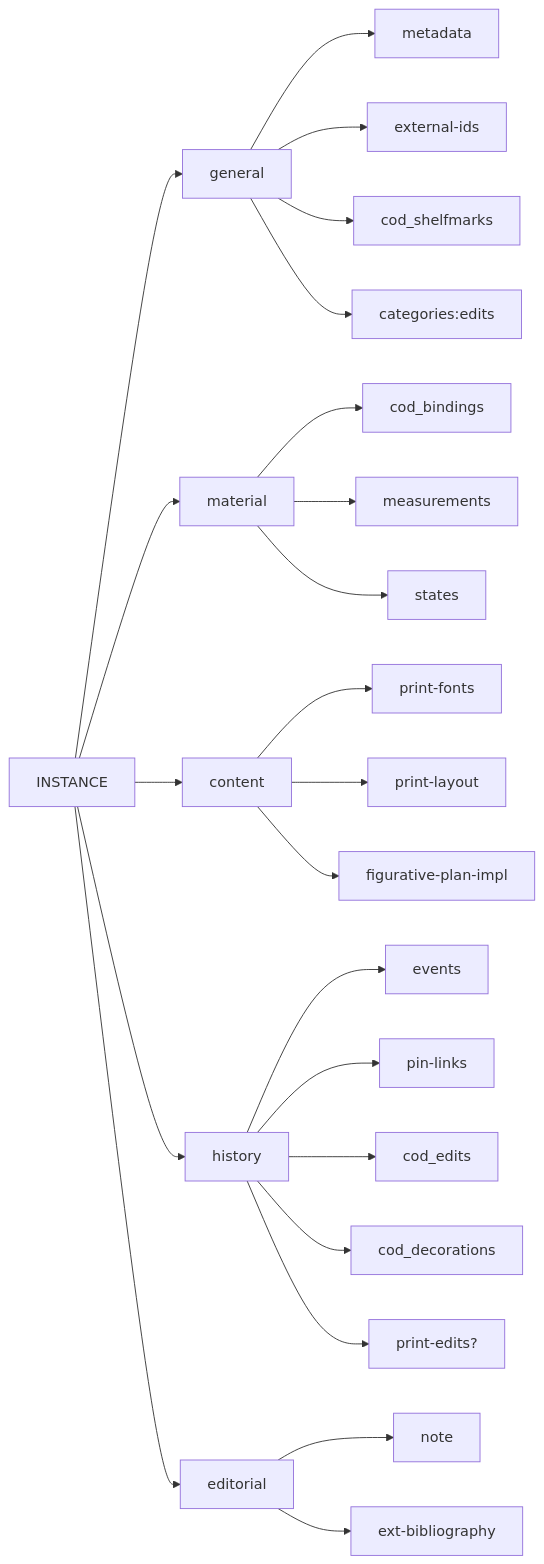
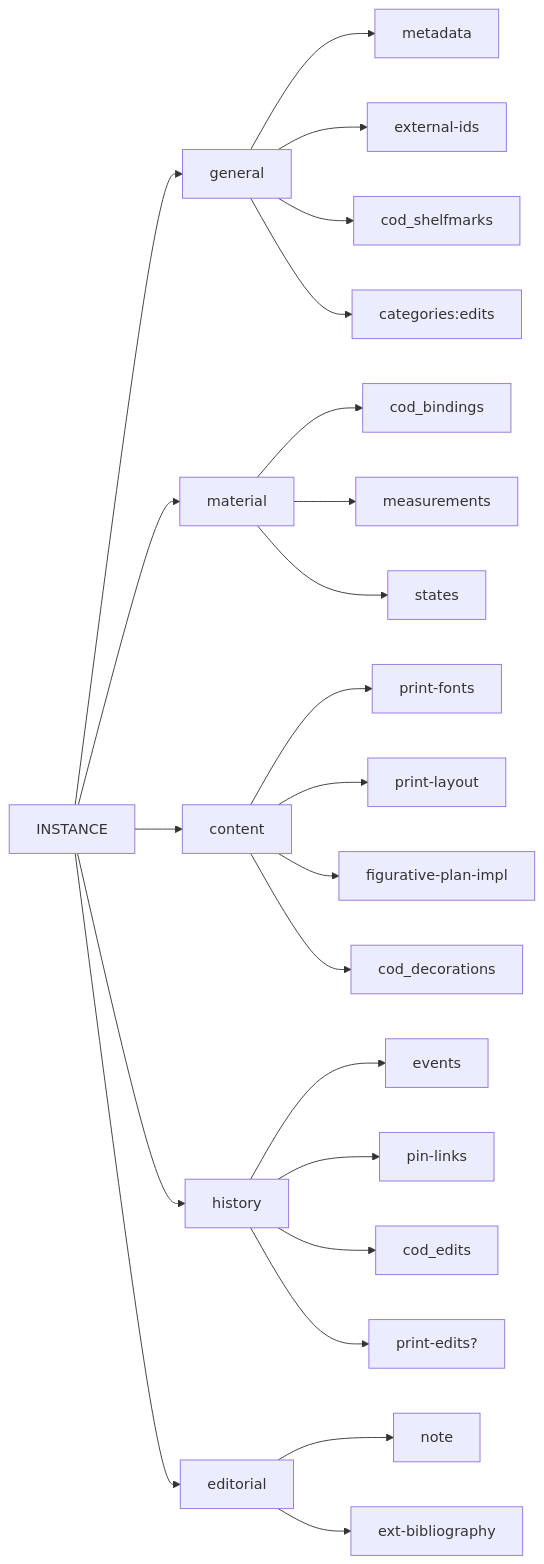
One commit to vedph/cadmus-ndp-books changed the second of 2 diagrams in README.md. Above: the diagram before and after it, drawn with Mermaid.

````diff
--- a/README.md
+++ b/README.md
@@ -39,26 +39,26 @@
 ```mermaid
 graph LR;
 
 INSTANCE --> general
 general --> metadata
 general --> external-ids
 general --> cod_shelfmarks
 INSTANCE --> material
 material --> cod_bindings
 material --> measurements
 material --> states
 general --> categories:edits
 INSTANCE --> content
 content --> print-fonts
 content --> print-layout
 content --> figurative-plan-impl
+content --> cod_decorations
 INSTANCE --> history
 history --> events
 history --> pin-links
 history --> cod_edits
-history --> cod_decorations
 history --> print-edits?
 INSTANCE --> editorial
 editorial --> note
 editorial --> ext-bibliography
 ```
````
